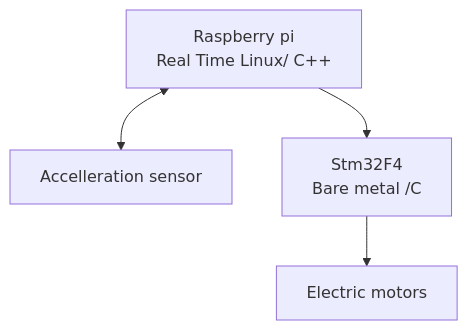
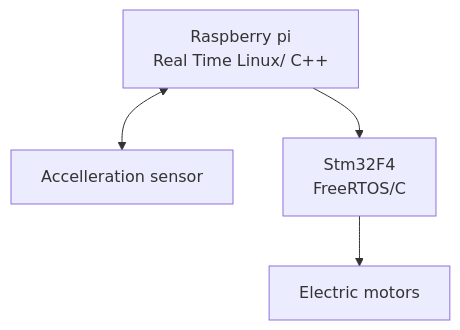
The diagram in docs/index.md (inpgbburda/FlyMatic), drawn with Mermaid before and after one commit. The commit also changed other lines of this file and 2 other files, not shown here.

Commit message:
Add Rtos section

````diff
--- a/docs/index.md
+++ b/docs/index.md
@@ -13,9 +13,9 @@
 ``` mermaid
     graph TD
     
     A[Raspberry pi
     Real Time Linux/ C++] <--> B[Accelleration sensor]
     A --> C[Stm32F4 
-    Bare metal /C]
+    FreeRTOS/C]
     C --> D[Electric motors]
 ```
````
